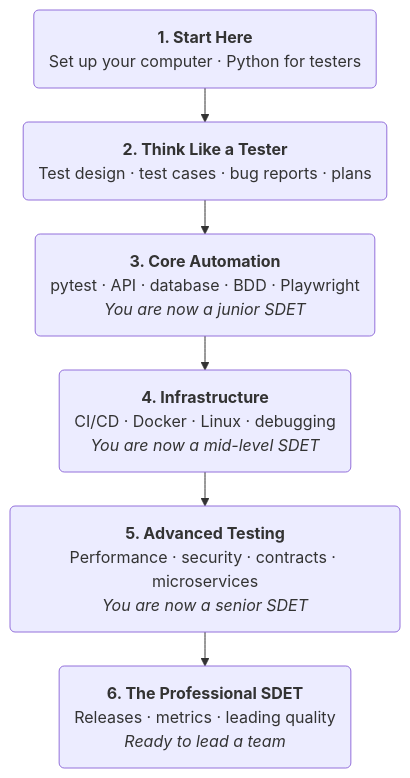
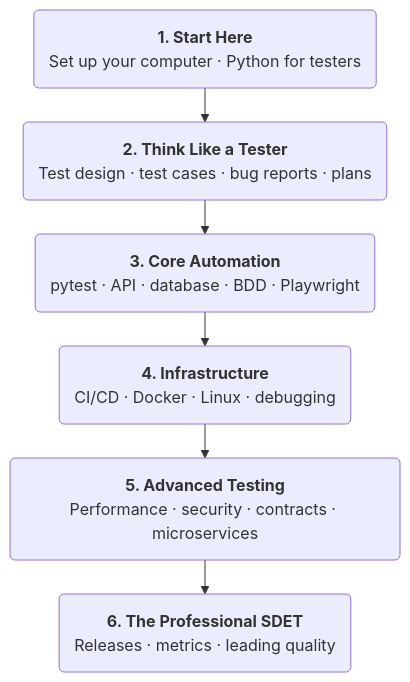
Before and after one commit to arshaduzzaman-sm/zero-to-sdet: the diagram in docs/learning-path.md, drawn with Mermaid. The commit also changed other lines of this file and 19 other files, not shown here.

````diff
--- a/docs/learning-path.md
+++ b/docs/learning-path.md
@@ -27,17 +27,17 @@
 ```mermaid
 ---
 config:
   flowchart:
     wrappingWidth: 360
     nodeSpacing: 30
     rankSpacing: 34
 ---
 flowchart TD
     A("<b>1. Start Here</b><br/>Set up your computer · Python for testers")
     B("<b>2. Think Like a Tester</b><br/>Test design · test cases · bug reports · plans")
-    C("<b>3. Core Automation</b><br/>pytest · API · database · BDD · Playwright<br/><i>You are now a junior SDET</i>")
-    D("<b>4. Infrastructure</b><br/>CI/CD · Docker · Linux · debugging<br/><i>You are now a mid-level SDET</i>")
-    E("<b>5. Advanced Testing</b><br/>Performance · security · contracts · microservices<br/><i>You are now a senior SDET</i>")
-    F("<b>6. The Professional SDET</b><br/>Releases · metrics · leading quality<br/><i>Ready to lead a team</i>")
+    C("<b>3. Core Automation</b><br/>pytest · API · database · BDD · Playwright")
+    D("<b>4. Infrastructure</b><br/>CI/CD · Docker · Linux · debugging")
+    E("<b>5. Advanced Testing</b><br/>Performance · security · contracts · microservices")
+    F("<b>6. The Professional SDET</b><br/>Releases · metrics · leading quality")
     A --> B --> C --> D --> E --> F
 ```
````
